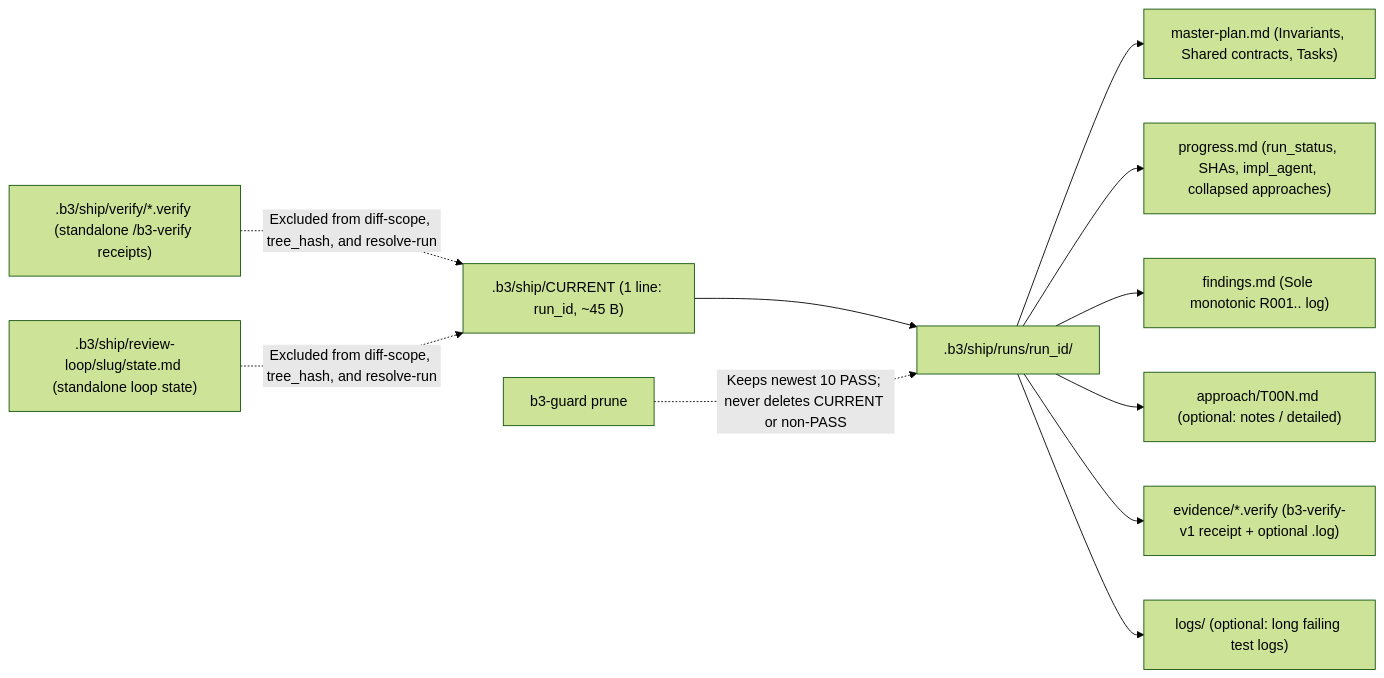
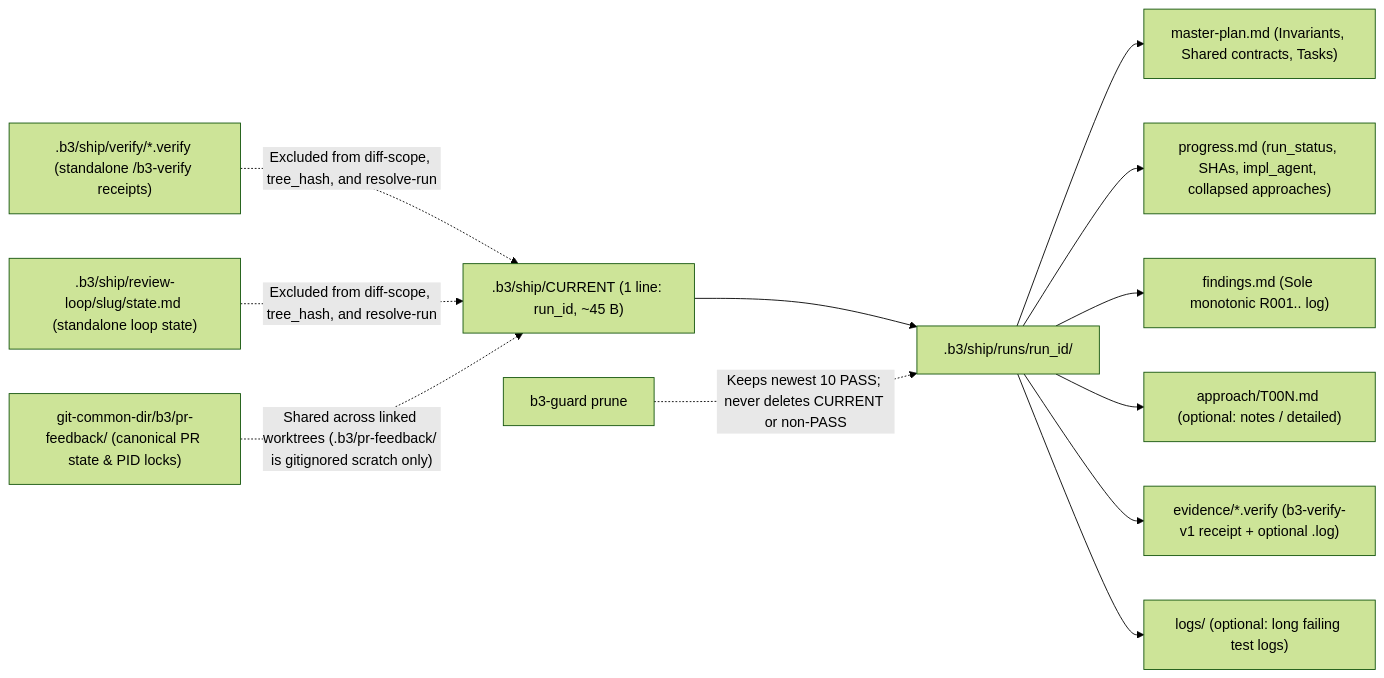
One commit to hptbee/b3_ai-engineering changed the fifth of 5 diagrams in docs/ship-and-review-guide.md. Above: the diagram before and after it, drawn with Mermaid (forest theme). The commit also changed other lines of this file and 15 other files, not shown here.

````diff
--- a/docs/ship-and-review-guide.md
+++ b/docs/ship-and-review-guide.md
@@ -183,14 +197,15 @@
 ```mermaid
 flowchart LR
     Cur[".b3/ship/CURRENT (1 line: run_id, ~45 B)"] --> RunDir[".b3/ship/runs/run_id/"]
     RunDir --> MP["master-plan.md (Invariants, Shared contracts, Tasks)"]
     RunDir --> PR["progress.md (run_status, SHAs, impl_agent, collapsed approaches)"]
     RunDir --> FN["findings.md (Sole monotonic R001.. log)"]
     RunDir --> AP["approach/T00N.md (optional: notes / detailed)"]
     RunDir --> EV["evidence/*.verify (b3-verify-v1 receipt + optional .log)"]
     RunDir --> LG["logs/ (optional: long failing test logs)"]
 
     StandaloneVer[".b3/ship/verify/*.verify (standalone /b3-verify receipts)"] -.->|"Excluded from diff-scope, tree_hash, and resolve-run"| Cur
     StandaloneRL[".b3/ship/review-loop/slug/state.md (standalone loop state)"] -.->|"Excluded from diff-scope, tree_hash, and resolve-run"| Cur
+    PrFb["git-common-dir/b3/pr-feedback/ (canonical PR state & PID locks)"] -.->|"Shared across linked worktrees (.b3/pr-feedback/ is gitignored scratch only)"| Cur
     Prune["b3-guard prune"] -.->|"Keeps newest 10 PASS; never deletes CURRENT or non-PASS"| RunDir
 ```
````
